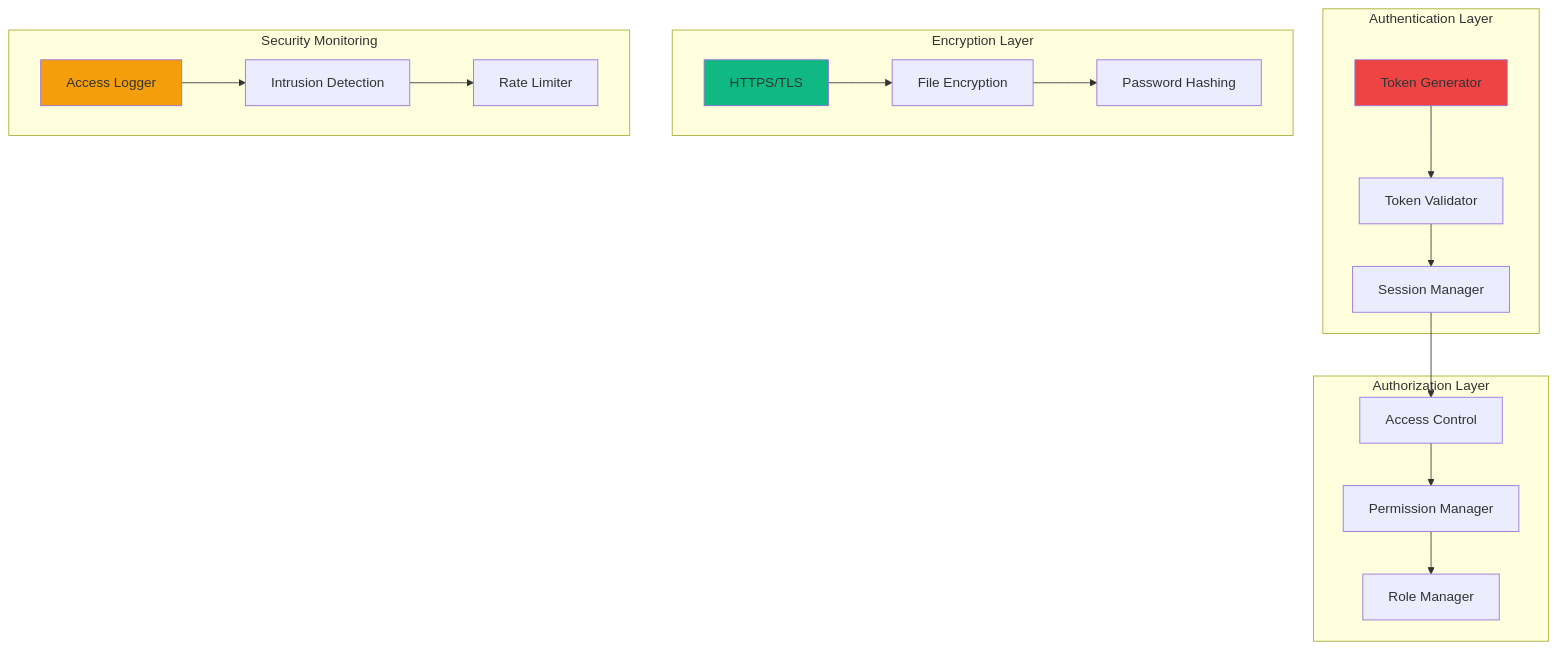
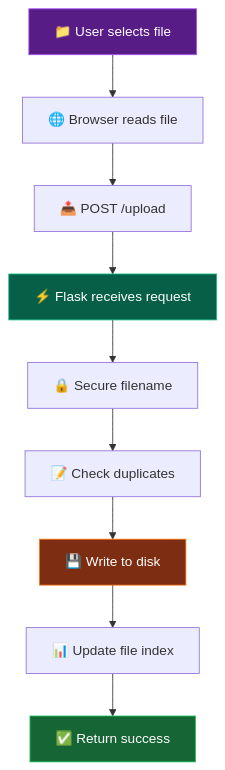
The ninth of 13 diagrams in SGP_phase1/docs/architecture.md (hetcharusat/sharejadpi), drawn with Mermaid before and after one commit. The commit also changed other lines of this file and 5 other files, not shown here.

````diff
--- a/SGP_phase1/docs/architecture.md
+++ b/SGP_phase1/docs/architecture.md
@@ -182,42 +358,16 @@
 ```mermaid
-graph TB
-    subgraph "Authentication Layer"
-        A[Token Generator]
-        B[Token Validator]
-        C[Session Manager]
-    end
+flowchart TB
+    A["📁 User selects file"] --> B["🌐 Browser reads file"]
+    B --> C["📤 POST /upload"]
+    C --> D["⚡ Flask receives request"]
+    D --> E["🔒 Secure filename"]
+    E --> F["📝 Check duplicates"]
+    F --> G["💾 Write to disk"]
+    G --> H["📊 Update file index"]
+    H --> I["✅ Return success"]
     
-    subgraph "Authorization Layer"
-        D[Access Control]
-        E[Permission Manager]
-        F[Role Manager]
-    end
-    
-    subgraph "Encryption Layer"
-        G[HTTPS/TLS]
-        H[File Encryption]
-        I[Password Hashing]
-    end
-    
-    subgraph "Security Monitoring"
-        J[Access Logger]
-        K[Intrusion Detection]
-        L[Rate Limiter]
-    end
-    
-    A --> B
-    B --> C
-    C --> D
-    D --> E
-    E --> F
-    
-    G --> H
-    H --> I
-    
-    J --> K
-    K --> L
-    
-    style A fill:#ef4444
-    style G fill:#10b981
-    style J fill:#f59e0b
+    style A fill:#581c87,stroke:#a855f7,color:#fff
+    style D fill:#065f46,stroke:#10b981,color:#fff
+    style G fill:#7c2d12,stroke:#f97316,color:#fff
+    style I fill:#166534,stroke:#22c55e,color:#fff
 ```
````
